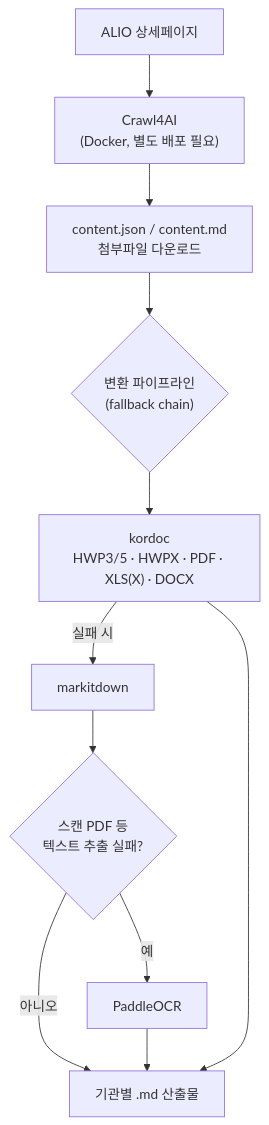
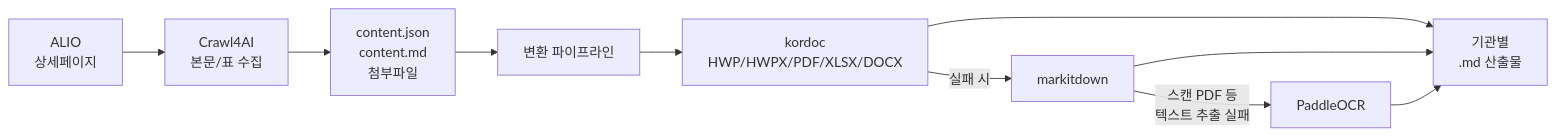
The diagram in README.md (bigone-kcrew/crawl4alio), drawn with Mermaid before and after one commit.

````diff
--- a/README.md
+++ b/README.md
@@ -19,13 +19,14 @@
 ```mermaid
-flowchart TD
-    A["ALIO 상세페이지"] --> B["Crawl4AI<br/>(Docker, 별도 배포 필요)"]
-    B --> C["content.json / content.md<br/>첨부파일 다운로드"]
-    C --> D{"변환 파이프라인<br/>(fallback chain)"}
-    D --> E["kordoc<br/>HWP3/5 · HWPX · PDF · XLS(X) · DOCX"]
+flowchart LR
+    A["ALIO<br/>상세페이지"] --> B["Crawl4AI<br/>본문/표 수집"]
+    B --> C["content.json<br/>content.md<br/>첨부파일"]
+    C --> D["변환 파이프라인"]
+
+    D --> E["kordoc<br/>HWP/HWPX/PDF/XLSX/DOCX"]
     E -->|실패 시| F["markitdown"]
-    F --> G{"스캔 PDF 등<br/>텍스트 추출 실패?"}
-    G -->|예| H["PaddleOCR"]
-    G -->|아니오| I["기관별 .md 산출물"]
-    H --> I
-    E --> I
+    F -->|스캔 PDF 등<br/>텍스트 추출 실패| G["PaddleOCR"]
+
+    E --> H["기관별<br/>.md 산출물"]
+    F --> H
+    G --> H
 ```
````
